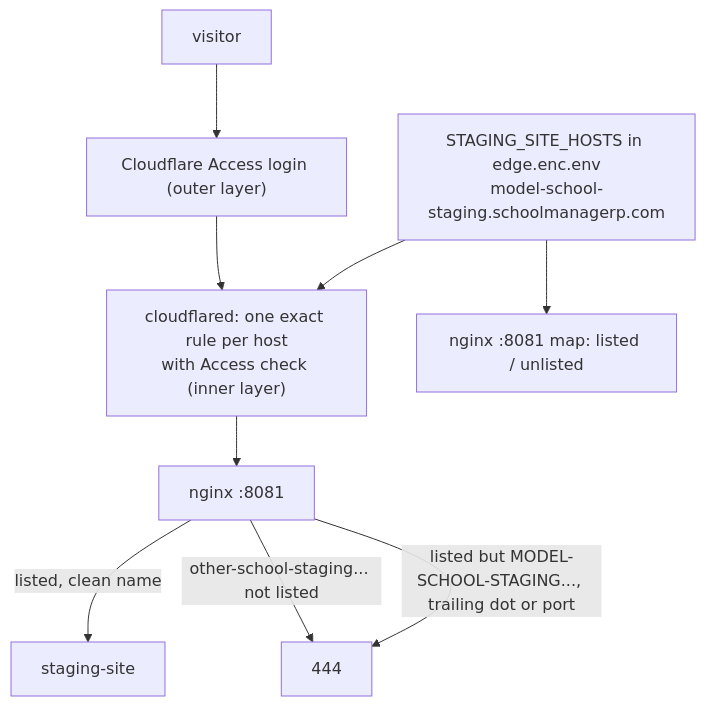
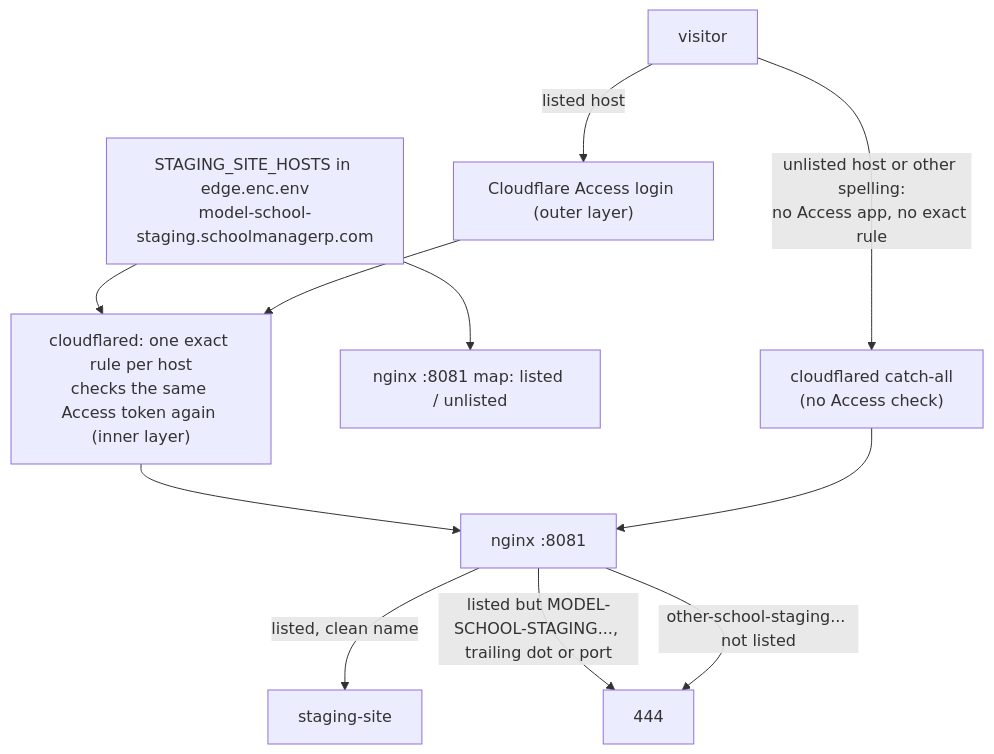
Before and after one commit to tareq89/biddaloy: diagram 19 of 19 in docs/architecture/28-platform-runbook.md, drawn with Mermaid. The commit also changed other lines of this file and 3 other files, not shown here.

First line of the commit message:
fix(edge): review round 3 for #3724 (Rule 12 docs, exact 17f check, no glob in STAGING_SITE_HOSTS)

````diff
--- a/docs/architecture/28-platform-runbook.md
+++ b/docs/architecture/28-platform-runbook.md
@@ -2353,9 +2353,10 @@
 ```mermaid
 flowchart TD
-  K["STAGING_SITE_HOSTS in edge.enc.env<br/>model-school-staging.schoolmanagerp.com"] --> R["cloudflared: one exact rule per host<br/>with Access check (inner layer)"]
+  K["STAGING_SITE_HOSTS in edge.enc.env<br/>model-school-staging.schoolmanagerp.com"] --> R["cloudflared: one exact rule per host<br/>checks the same Access token again (inner layer)"]
   K --> M["nginx :8081 map: listed / unlisted"]
-  V["visitor"] --> A["Cloudflare Access login (outer layer)"] --> R --> N["nginx :8081"]
+  V["visitor"] -->|"listed host"| A["Cloudflare Access login (outer layer)"] --> R --> N["nginx :8081"]
+  V -->|"unlisted host or other spelling:<br/>no Access app, no exact rule"| C["cloudflared catch-all<br/>(no Access check)"] --> N
   N -->|"listed, clean name"| S["staging-site"]
   N -->|"listed but MODEL-SCHOOL-STAGING..., trailing dot or port"| X["444"]
   N -->|"other-school-staging... not listed"| X
 ```
````
